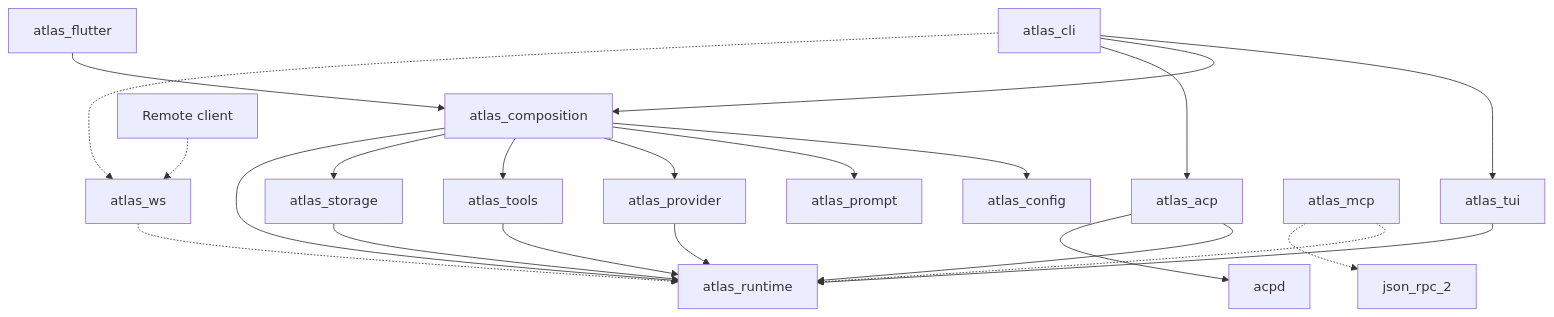
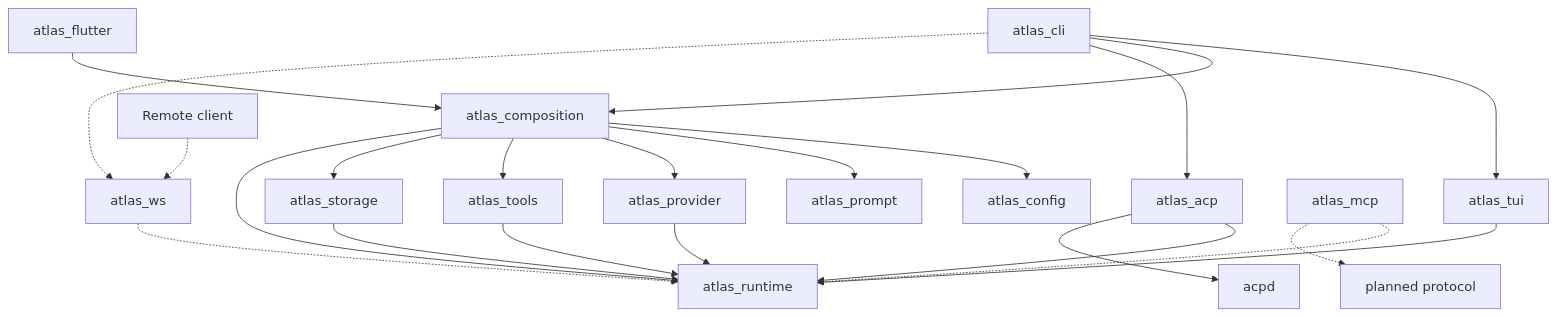
The diagram in docs/architecture.md (gvenusleo/Atlas), drawn with Mermaid before and after one commit. The commit also changed 2 other files, not shown here.

Commit message:
docs: document the new agent session contract

````diff
--- a/docs/architecture.md
+++ b/docs/architecture.md
@@ -18,24 +18,24 @@
 ```mermaid
 graph TD
     CLI[atlas_cli] --> TUI[atlas_tui]
     CLI --> COMP[atlas_composition]
     CLI --> ACP[atlas_acp]
     CLI -.-> WS[atlas_ws]
     FL[atlas_flutter] --> COMP
     COMP --> CONFIG[atlas_config]
     COMP --> PROMPT[atlas_prompt]
     COMP --> PROVIDER[atlas_provider]
     COMP --> TOOLS[atlas_tools]
     COMP --> STORAGE[atlas_storage]
     COMP --> RT[atlas_runtime]
     TUI --> RT
     ACP --> RT
     REMOTE[Remote client] -.-> WS
     WS -.-> RT
     MCP[atlas_mcp] -.-> RT
     PROVIDER --> RT
     TOOLS --> RT
     STORAGE --> RT
     ACP --> ACPD[acpd]
-    MCP -.-> JRPC[json_rpc_2]
+MCP -.-> JRPC[planned protocol]
 ```
````
